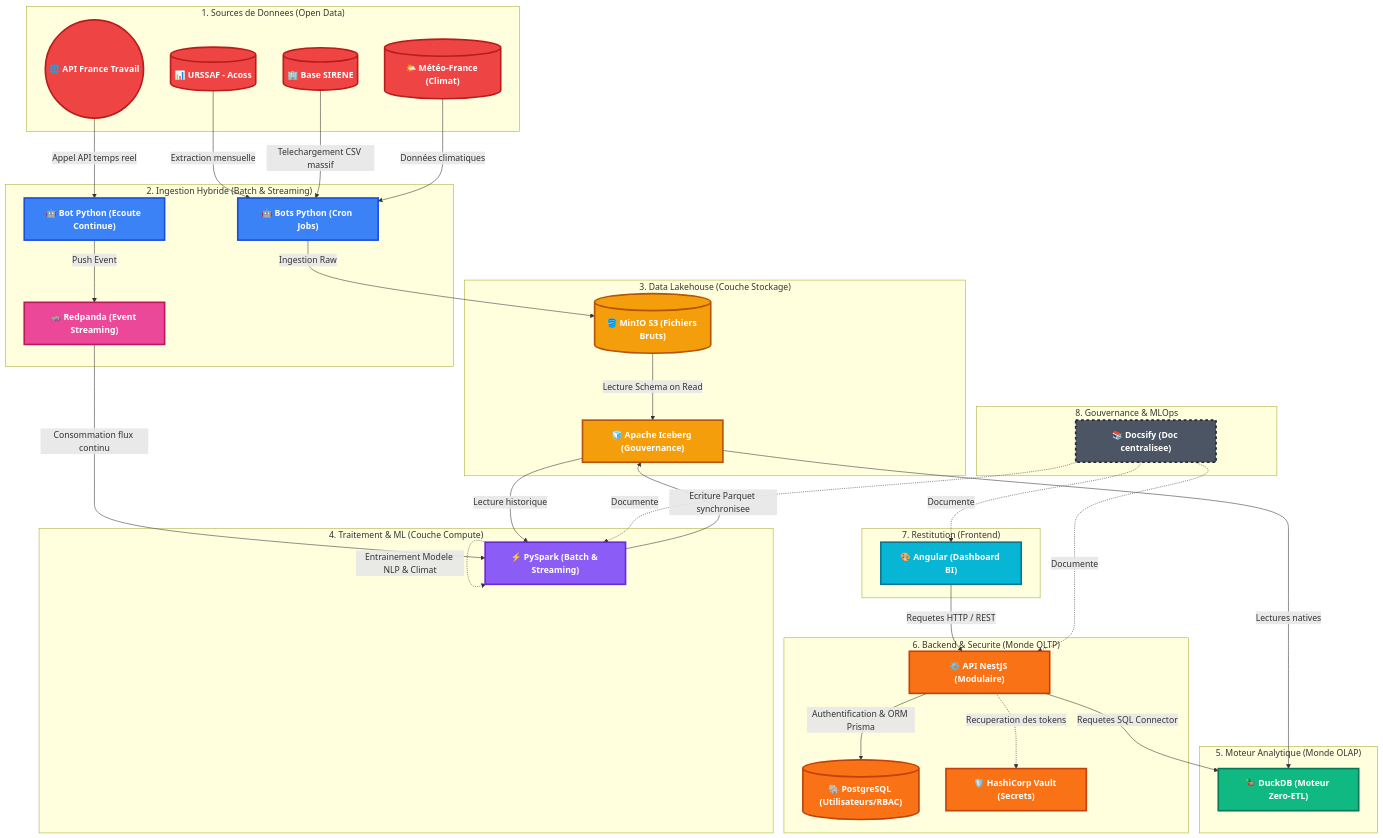
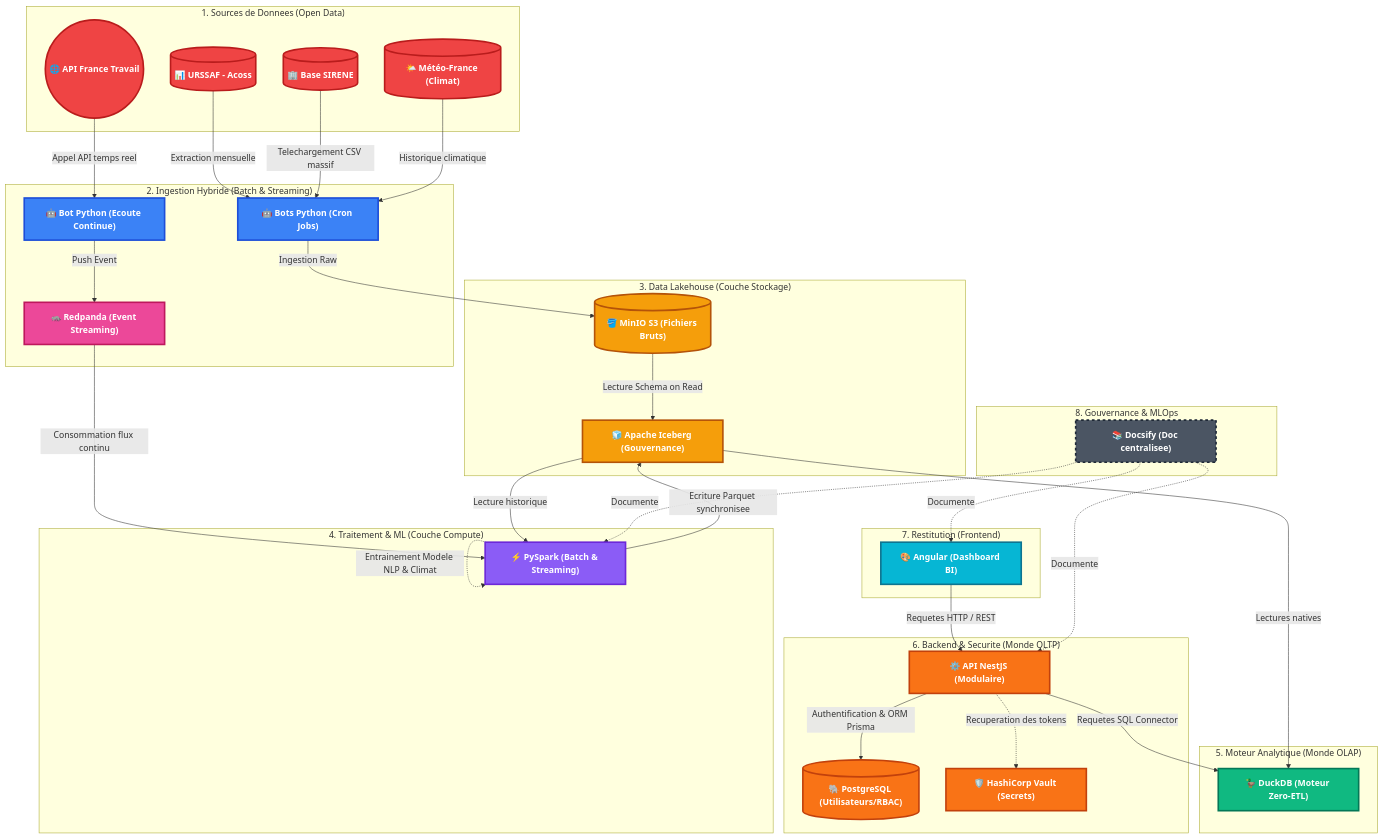
The diagram in docs/architecture/01.vue_ensemble.md (Anon31/data-skills-radar-docs), drawn with Mermaid before and after one commit. The commit also changed other lines of this file, not shown here.

````diff
--- a/docs/architecture/01.vue_ensemble.md
+++ b/docs/architecture/01.vue_ensemble.md
@@ -72,5 +81,6 @@
 ```mermaid
 graph TD
+    %% NOUVELLES COULEURS VIBRANTES
     classDef source fill:#ef4444,stroke:#b91c1c,stroke-width:3px,color:#ffffff,font-weight:bold;
     classDef ingest fill:#3b82f6,stroke:#1d4ed8,stroke-width:3px,color:#ffffff,font-weight:bold;
     classDef stream fill:#ec4899,stroke:#be185d,stroke-width:3px,color:#ffffff,font-weight:bold;
@@ -121,27 +131,32 @@
         Doc["📚 Docsify (Doc centralisee)"]:::doc
     end
 
+    %% Flux Ingestion
     S1 -->|Extraction mensuelle| Bot
     S3 -->|Telechargement CSV massif| Bot
-    S4 -->|Données climatiques| Bot
+    S4 -->|Historique climatique| Bot
     Bot -->|Ingestion Raw| MinIO
 
     S2 -->|Appel API temps reel| StreamBot
     StreamBot -->|Push Event| Redpanda
     Redpanda -->|Consommation flux continu| Spark
 
+    %% Lakehouse
     MinIO -->|Lecture Schema on Read| Iceberg
     Iceberg -->|Lecture historique| Spark
     Spark -->|Ecriture Parquet synchronisee| Iceberg
     Spark -.->|Entrainement Modele NLP & Climat| Spark
 
+    %% API comme Chef d'Orchestre
     UI -->|Requetes HTTP / REST| API
     API -->|Authentification & ORM Prisma| PG
     API -.->|Recuperation des tokens| Vault
     API -->|Requetes SQL Connector| Duck
 
+    %% Moteur Analytique
     Iceberg -->|Lectures natives| Duck
 
+    %% Documentation
     Doc -.->|Documente| API
     Doc -.->|Documente| UI
     Doc -.->|Documente| Spark
````
